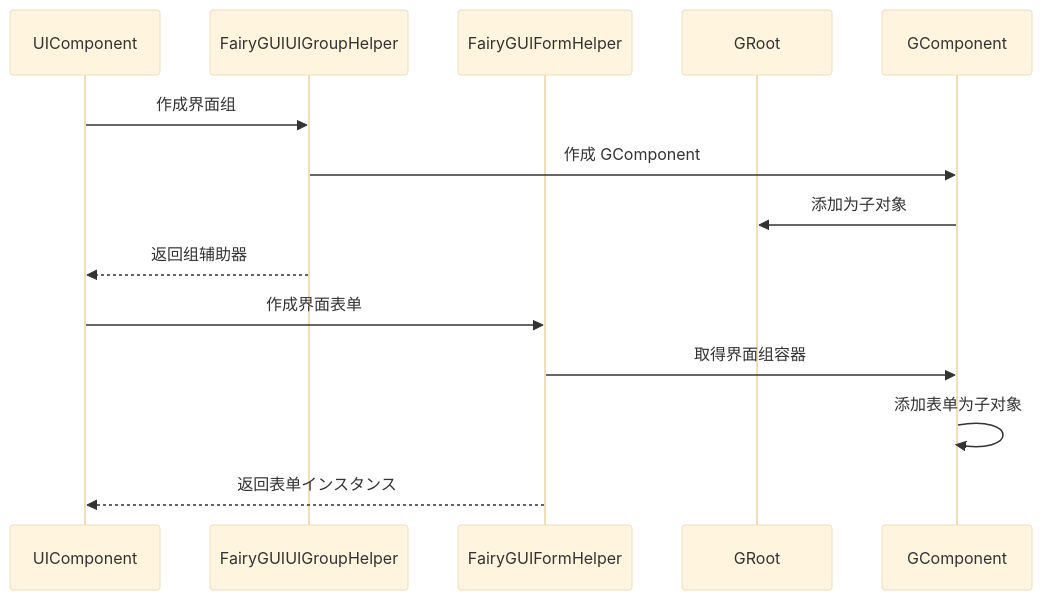
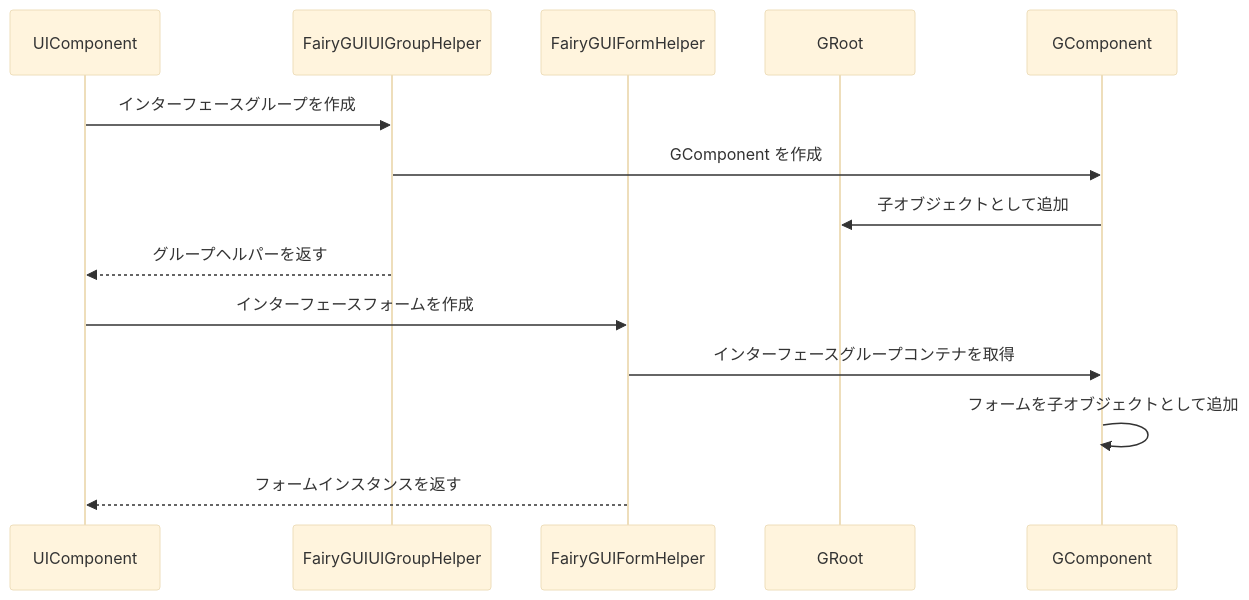
One commit to AlianBlank/GameFrameX.Docs changed the fourth of 4 diagrams in docs/ja/client/unity/component/ui-fairygui/11.ui-group-helper.md. Above: the diagram before and after it, drawn with Mermaid (base theme). The commit also changed other lines of this file and 320 other files, not shown here.

````diff
--- a/docs/ja/client/unity/component/ui-fairygui/11.ui-group-helper.md
+++ b/docs/ja/client/unity/component/ui-fairygui/11.ui-group-helper.md
@@ -157,18 +157,18 @@
 ```mermaid
 sequenceDiagram
     participant UIComp as UIComponent
     participant GroupHelper as FairyGUIUIGroupHelper
     participant FormHelper as FairyGUIFormHelper
     participant GR as GRoot
     participant GC as GComponent
 
-    UIComp->>GroupHelper: 作成界面组
-    GroupHelper->>GC: 作成 GComponent
-    GC->>GR: 添加为子对象
-    GroupHelper-->>UIComp: 返回组辅助器
-    
-    UIComp->>FormHelper: 作成界面表单
-    FormHelper->>GC: 取得界面组容器
-    GC->>GC: 添加表单为子对象
-    FormHelper-->>UIComp: 返回表单インスタンス
+    UIComp->>GroupHelper: インターフェースグループを作成
+    GroupHelper->>GC: GComponent を作成
+    GC->>GR: 子オブジェクトとして追加
+    GroupHelper-->>UIComp: グループヘルパーを返す
+
+    UIComp->>FormHelper: インターフェースフォームを作成
+    FormHelper->>GC: インターフェースグループコンテナを取得
+    GC->>GC: フォームを子オブジェクトとして追加
+    FormHelper-->>UIComp: フォームインスタンスを返す
 ```
````
